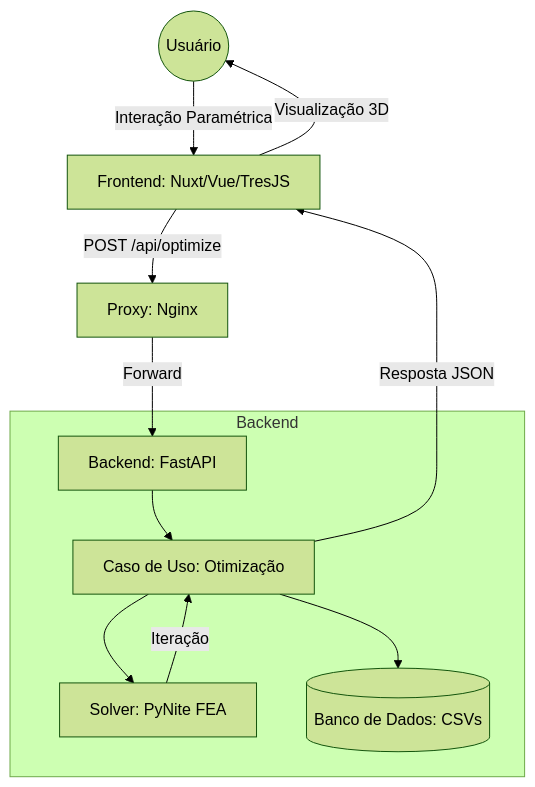
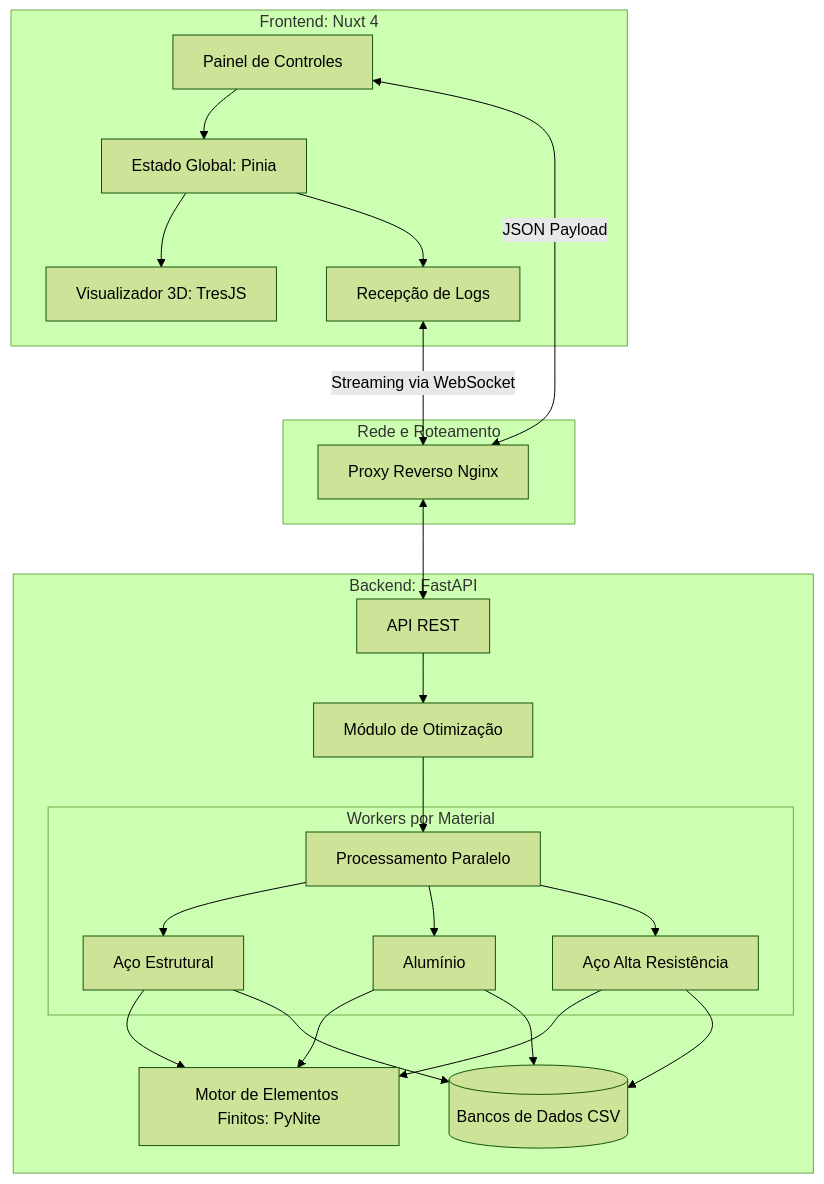
The first of 3 diagrams in README.md (paulomml/truss-opt-3d), drawn with Mermaid (forest theme) before and after one commit. The commit also changed other lines of this file, not shown here.

````diff
--- a/README.md
+++ b/README.md
@@ -65,14 +87,30 @@
 ```mermaid
 graph TD
-  User((Usuário)) -->|Interação Paramétrica| FE[Frontend: Nuxt/Vue/TresJS]
-  FE -->|POST /api/optimize| Proxy[Proxy: Nginx]
-  Proxy -->|Forward| BE[Backend: FastAPI]
-  subgraph Backend
-    BE --> UC[Caso de Uso: Otimização]
-    UC --> Solver[Solver: PyNite FEA]
-    UC --> DB[(Banco de Dados: CSVs)]
-    Solver -->|Iteração| UC
+  subgraph Client_Side [Frontend: Nuxt 4]
+    UI[Painel de Controles] --> Store[Estado Global: Pinia]
+    Store --> 3DViewer[Visualizador 3D: TresJS]
+    Store --> WebSocketClient[Recepção de Logs]
   end
-  UC -->|Resposta JSON| FE
-  FE -->|Visualização 3D| User
+
+  subgraph Gateway [Rede e Roteamento]
+    Nginx[Proxy Reverso Nginx]
+  end
+
+  subgraph Server_Side [Backend: FastAPI]
+    Endpoint[API REST] --> Orquestrador[Módulo de Otimização]
+    Orquestrador --> Pool[Processamento Paralelo]
+
+    subgraph Processos_Workers [Workers por Material]
+      Pool --> W_Aco[Aço Estrutural]
+      Pool --> W_Alu[Alumínio]
+      Pool --> W_Cor[Aço Alta Resistência]
+    end
+
+    W_Aco & W_Alu & W_Cor --> Solver[Motor de Elementos Finitos: PyNite]
+    W_Aco & W_Alu & W_Cor --> Data[(Bancos de Dados CSV)]
+  end
+
+  UI <-->|JSON Payload| Nginx
+  WebSocketClient <-->|Streaming via WebSocket| Nginx
+  Nginx <--> Endpoint
 ```
````
